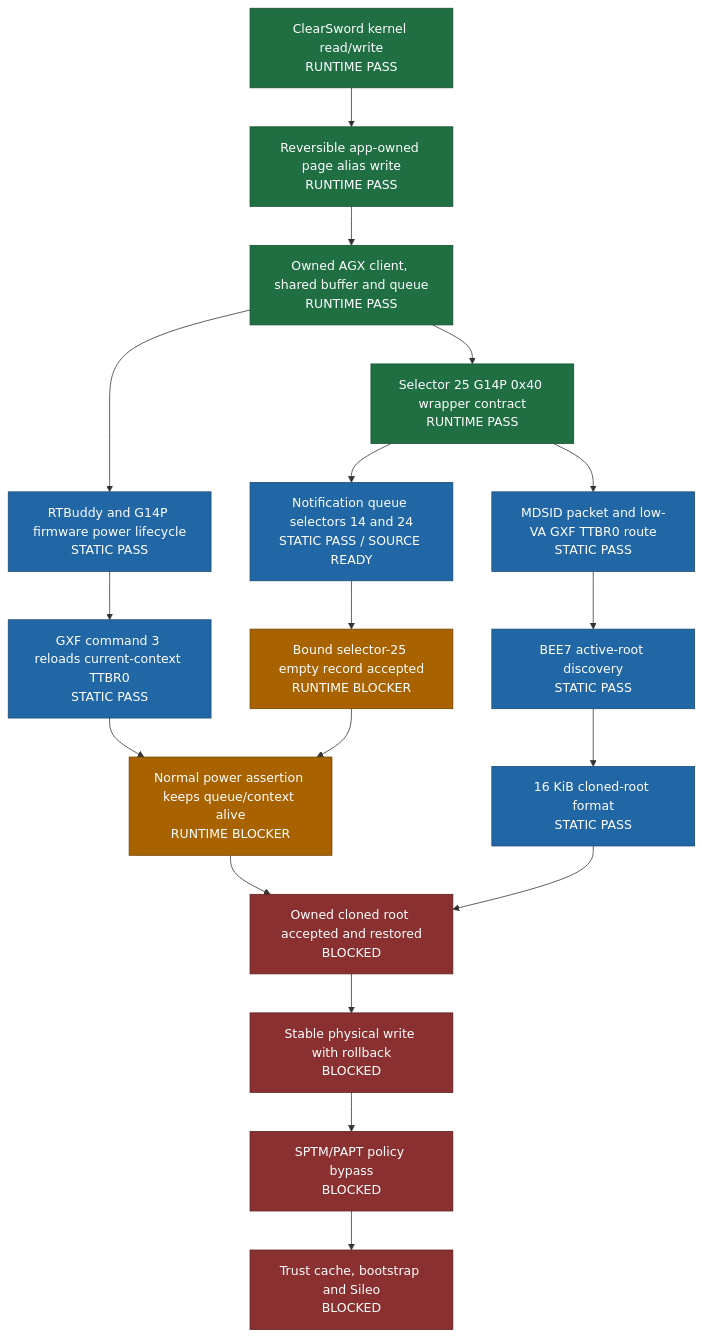
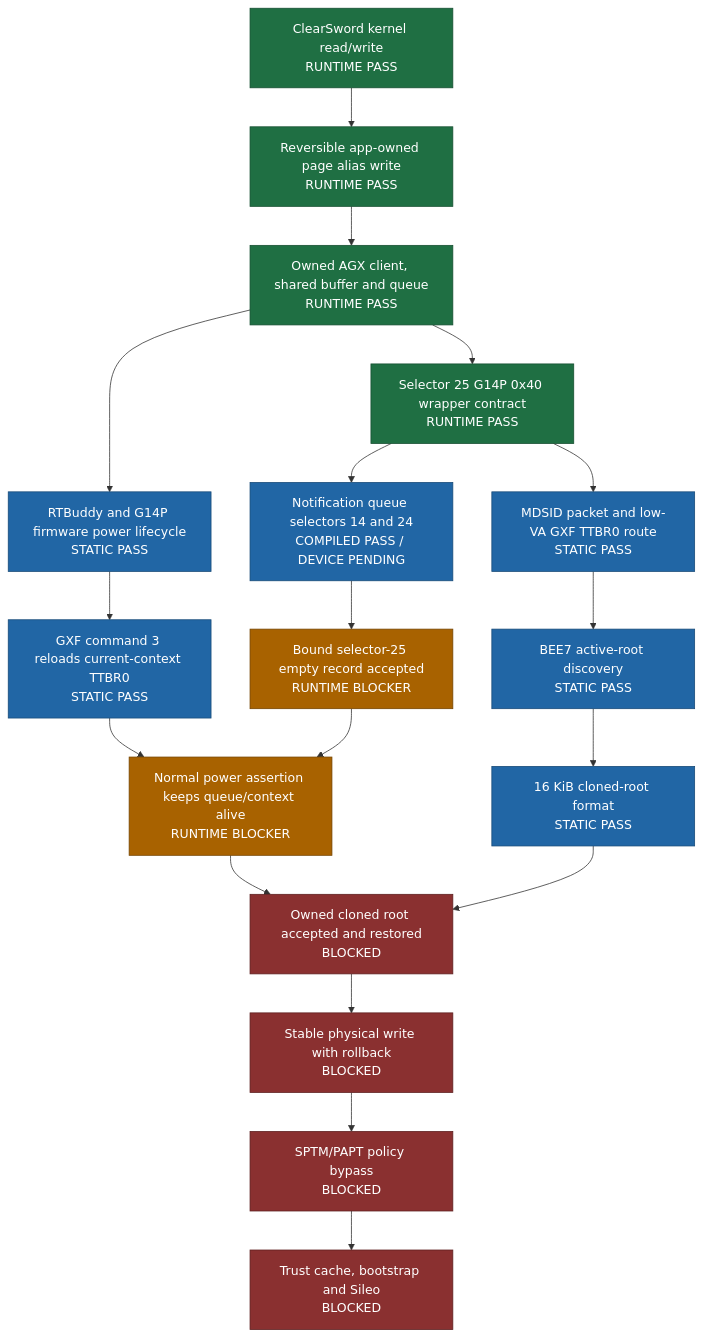
Before and after one commit to Philiphall6/Dopamine-private: the diagram in README.md, drawn with Mermaid. The commit also changed other lines of this file and 5 other files, not shown here.

````diff
--- a/README.md
+++ b/README.md
@@ -22,35 +22,35 @@
 ```mermaid
 flowchart TD
     A[ClearSword kernel read/write<br/>RUNTIME PASS]
     B[Reversible app-owned page alias write<br/>RUNTIME PASS]
     C[Owned AGX client, shared buffer and queue<br/>RUNTIME PASS]
     D[Selector 25 G14P 0x40 wrapper contract<br/>RUNTIME PASS]
-    E[Notification queue selectors 14 and 24<br/>STATIC PASS / SOURCE READY]
+    E[Notification queue selectors 14 and 24<br/>COMPILED PASS / DEVICE PENDING]
     P[MDSID packet and low-VA GXF TTBR0 route<br/>STATIC PASS]
     F[BEE7 active-root discovery<br/>STATIC PASS]
     G[16 KiB cloned-root format<br/>STATIC PASS]
     H[RTBuddy and G14P firmware power lifecycle<br/>STATIC PASS]
     I[GXF command 3 reloads current-context TTBR0<br/>STATIC PASS]
     J[Bound selector-25 empty record accepted<br/>RUNTIME BLOCKER]
     K[Normal power assertion keeps queue/context alive<br/>RUNTIME BLOCKER]
     L[Owned cloned root accepted and restored<br/>BLOCKED]
     M[Stable physical write with rollback<br/>BLOCKED]
     N[SPTM/PAPT policy bypass<br/>BLOCKED]
     O[Trust cache, bootstrap and Sileo<br/>BLOCKED]
 
     A --> B --> C --> D --> E --> J
     C --> H --> I --> K
     D --> P --> F --> G
     J --> K --> L --> M --> N --> O
     G --> L
 
     classDef runtime fill:#1f6f43,color:#fff,stroke:#164f31
     classDef static fill:#2166a5,color:#fff,stroke:#174a78
     classDef pending fill:#a86200,color:#fff,stroke:#744400
     classDef blocked fill:#8a3030,color:#fff,stroke:#5e2020
     class A,B,C runtime
     class D runtime
     class E,P,F,G,H,I static
     class J,K pending
     class L,M,N,O blocked
 ```
````
